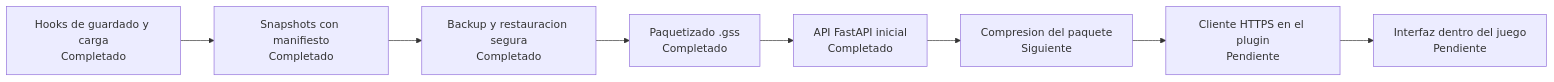
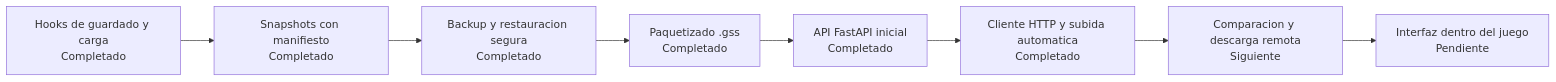
Before and after one commit to Andressance/gothic_game_sync: the second of 2 diagrams in README.md, drawn with Mermaid. The commit also changed other lines of this file and 11 other files, not shown here.

````diff
--- a/README.md
+++ b/README.md
@@ -128,10 +147,10 @@
 ```mermaid
 flowchart LR
     A[Hooks de guardado y carga<br/>Completado] --> B[Snapshots con manifiesto<br/>Completado]
     B --> C[Backup y restauracion segura<br/>Completado]
     C --> D[Paquetizado .gss<br/>Completado]
     D --> E[API FastAPI inicial<br/>Completado]
-    E --> F[Compresion del paquete<br/>Siguiente]
-    F --> G[Cliente HTTPS en el plugin<br/>Pendiente]
+    E --> F[Cliente HTTP y subida automatica<br/>Completado]
+    F --> G[Comparacion y descarga remota<br/>Siguiente]
     G --> H[Interfaz dentro del juego<br/>Pendiente]
 ```
````
